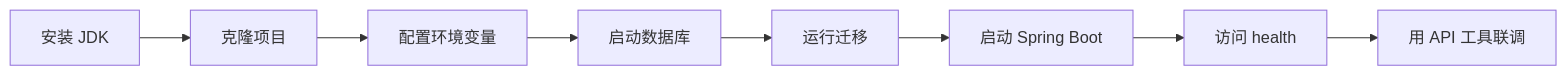
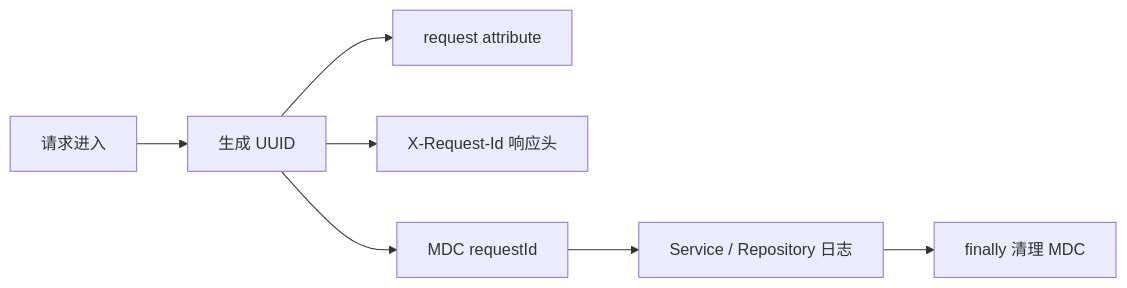
One commit to yokry-he/yok-study-web changed the fifth of 6 diagrams in docs/java/spring-boot-project-from-zero.md. Above: the diagram before and after it, drawn with Mermaid. The commit also changed other lines of this file and 277 other files, not shown here.

````diff
--- a/docs/java/spring-boot-project-from-zero.md
+++ b/docs/java/spring-boot-project-from-zero.md
@@ -529,10 +462,9 @@
 ```mermaid
 flowchart LR
-  A["安装 JDK"] --> B["克隆项目"]
-  B --> C["配置环境变量"]
-  C --> D["启动数据库"]
-  D --> E["运行迁移"]
-  E --> F["启动 Spring Boot"]
-  F --> G["访问 health"]
-  G --> H["用 API 工具联调"]
+  A["请求进入"] --> B["生成 UUID"]
+  B --> C["request attribute"]
+  B --> D["X-Request-Id 响应头"]
+  B --> E["MDC requestId"]
+  E --> F["Service / Repository 日志"]
+  F --> G["finally 清理 MDC"]
 ```
````
